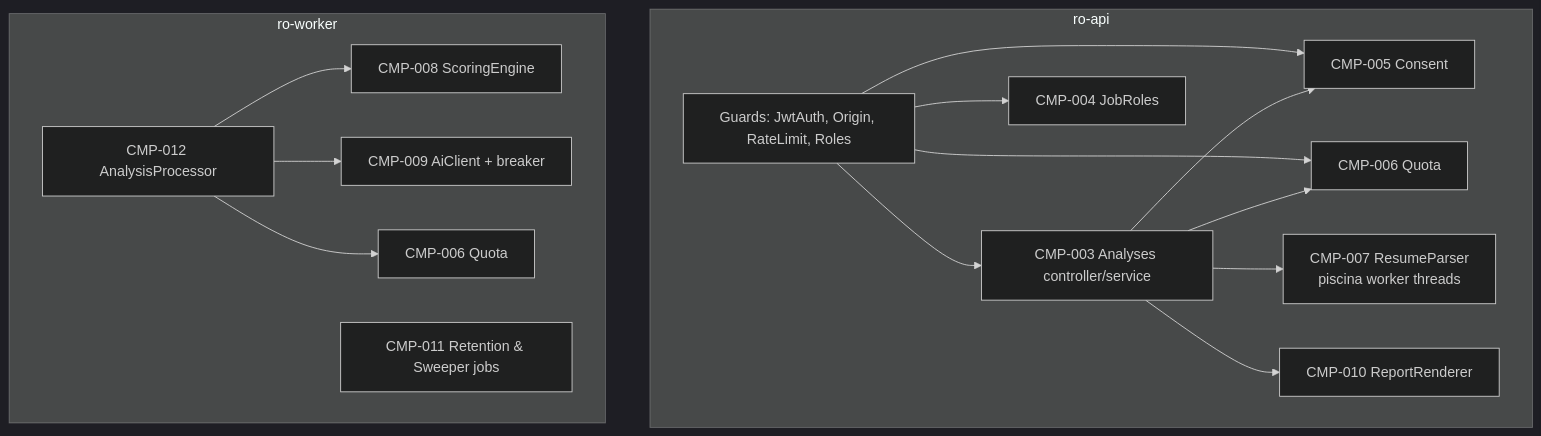
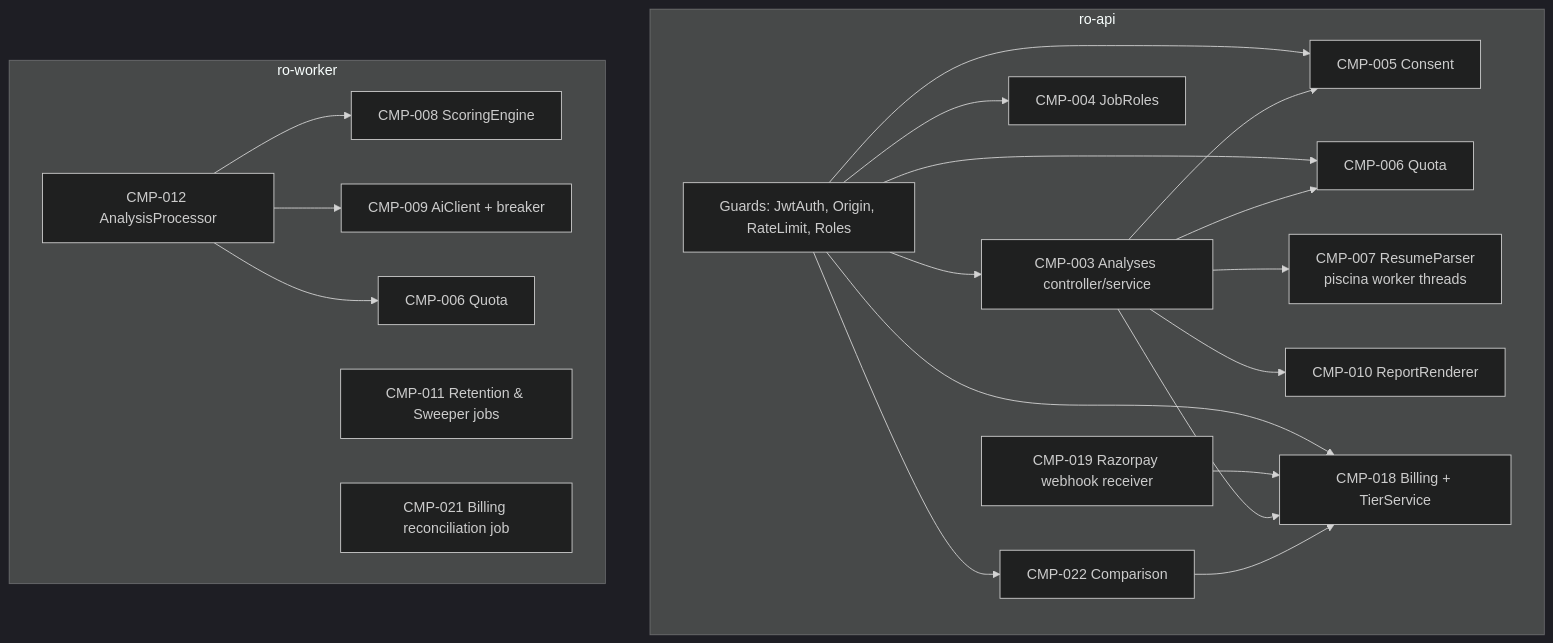
The second of 13 diagrams in kakali/spec.md (divii-school/spec-homework), drawn with Mermaid (dark theme) before and after one commit. The commit also changed other lines of this file, not shown here.

First line of the commit message:
round 2: architecture for Resume Pro (billing, webhook, reconciliation, comparison components; Razorpay flows and integration)

````diff
--- a/kakali/spec.md
+++ b/kakali/spec.md
@@ -622,19 +627,25 @@
 ```mermaid
 flowchart TB
   subgraph ro-api
     G[Guards: JwtAuth, Origin, RateLimit, Roles] --> C3[CMP-003 Analyses controller/service]
     G --> C4[CMP-004 JobRoles]
     G --> C5[CMP-005 Consent]
     G --> C6[CMP-006 Quota]
     C3 --> C7[CMP-007 ResumeParser<br/>piscina worker threads]
     C3 --> C6
     C3 --> C5
     C3 --> C10[CMP-010 ReportRenderer]
+    G --> C18[CMP-018 Billing + TierService]
+    C19[CMP-019 Razorpay webhook receiver] --> C18
+    G --> C22[CMP-022 Comparison]
+    C3 --> C18
+    C22 --> C18
   end
   subgraph ro-worker
     C12[CMP-012 AnalysisProcessor] --> C8[CMP-008 ScoringEngine]
     C12 --> C9[CMP-009 AiClient + breaker]
     C12 --> C6b[CMP-006 Quota]
     C11[CMP-011 Retention & Sweeper jobs]
+    C21[CMP-021 Billing reconciliation job]
   end
 ```
````
